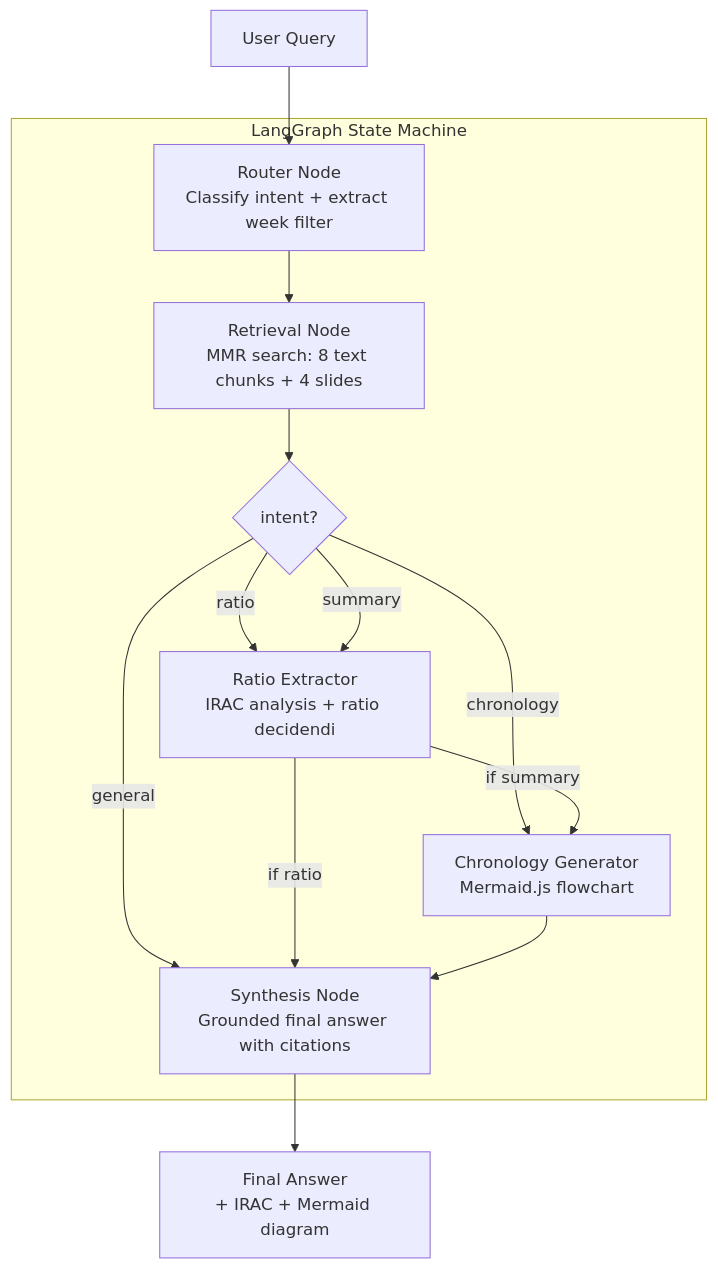
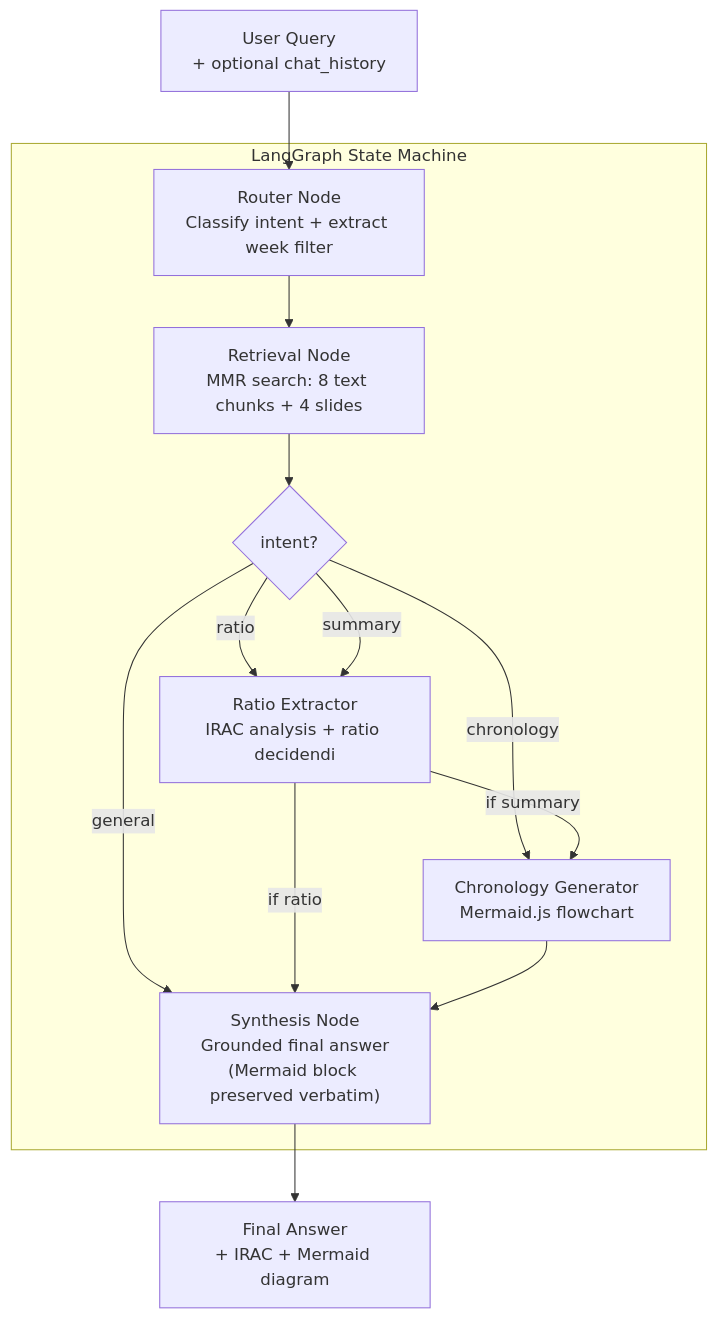
One commit to ZainAlSaffi-Dev/ashGPT changed the second of 5 diagrams in docs/architecture.md. Above: the diagram before and after it, drawn with Mermaid. The commit also changed other lines of this file, not shown here.

Commit message:
new architecture.md file

````diff
--- a/docs/architecture.md
+++ b/docs/architecture.md
@@ -21,22 +23,22 @@
 ```mermaid
 graph TD
-    UserQuery["User Query"] --> Router
+    UserQuery["User Query\n+ optional chat_history"] --> Router
 
     subgraph pipeline ["LangGraph State Machine"]
         Router["Router Node\nClassify intent + extract week filter"]
         Router --> Retrieval["Retrieval Node\nMMR search: 8 text chunks + 4 slides"]
 
         Retrieval --> Decision{"intent?"}
 
         Decision -->|"ratio"| RatioExtractor["Ratio Extractor\nIRAC analysis + ratio decidendi"]
         Decision -->|"chronology"| Chronology["Chronology Generator\nMermaid.js flowchart"]
         Decision -->|"summary"| RatioExtractor
         Decision -->|"general"| Synthesis
 
         RatioExtractor -->|"if summary"| Chronology
-        RatioExtractor -->|"if ratio"| Synthesis["Synthesis Node\nGrounded final answer with citations"]
+        RatioExtractor -->|"if ratio"| Synthesis["Synthesis Node\nGrounded final answer\n(Mermaid block preserved verbatim)"]
         Chronology --> Synthesis
     end
 
     Synthesis --> FinalAnswer["Final Answer\n+ IRAC + Mermaid diagram"]
 ```
````
